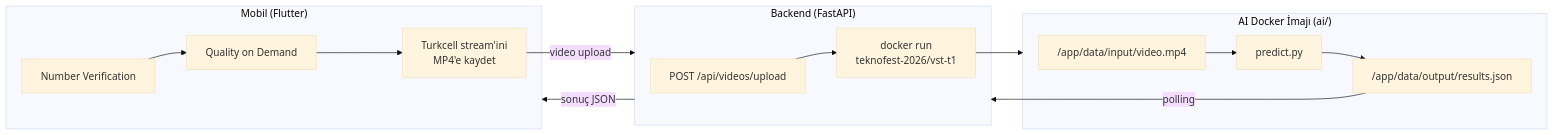
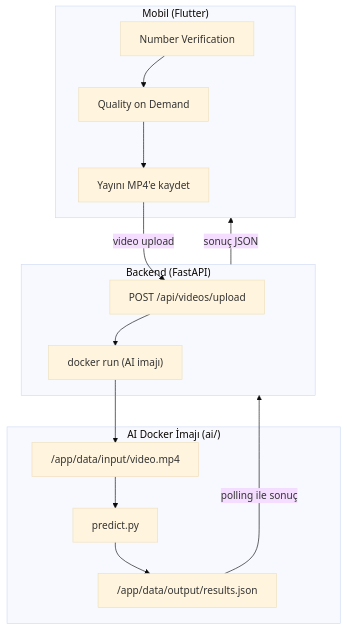
The diagram in README.md (akinmengee/5g-vst-t1), drawn with Mermaid (base theme) before and after one commit.

Commit message:
docs: README mimari şeması dikey yapıldı, metinler kısaltıldı

````diff
--- a/README.md
+++ b/README.md
@@ -44,23 +44,23 @@
 ```mermaid
-flowchart LR
+flowchart TB
     subgraph M["Mobil (Flutter)"]
         NV["Number Verification"] --> QOD["Quality on Demand"]
-        QOD --> REC["Turkcell stream'ini\nMP4'e kaydet"]
+        QOD --> REC["Yayını MP4'e kaydet"]
     end
 
-    REC -- "video upload" --> B
+    REC -- "video upload" --> UP
 
     subgraph B["Backend (FastAPI)"]
-        UP["POST /api/videos/upload"] --> TRIG["docker run\nteknofest-2026/vst-t1"]
+        UP["POST /api/videos/upload"] --> TRIG["docker run (AI imajı)"]
     end
 
-    TRIG --> AI
+    TRIG --> IN
 
     subgraph AI["AI Docker İmajı (ai/)"]
         IN["/app/data/input/video.mp4"] --> PIPE["predict.py"]
         PIPE --> OUT["/app/data/output/results.json"]
     end
 
-    OUT -- "polling" --> B
+    OUT -- "polling ile sonuç" --> B
     B -- "sonuç JSON" --> M
 ```
````
